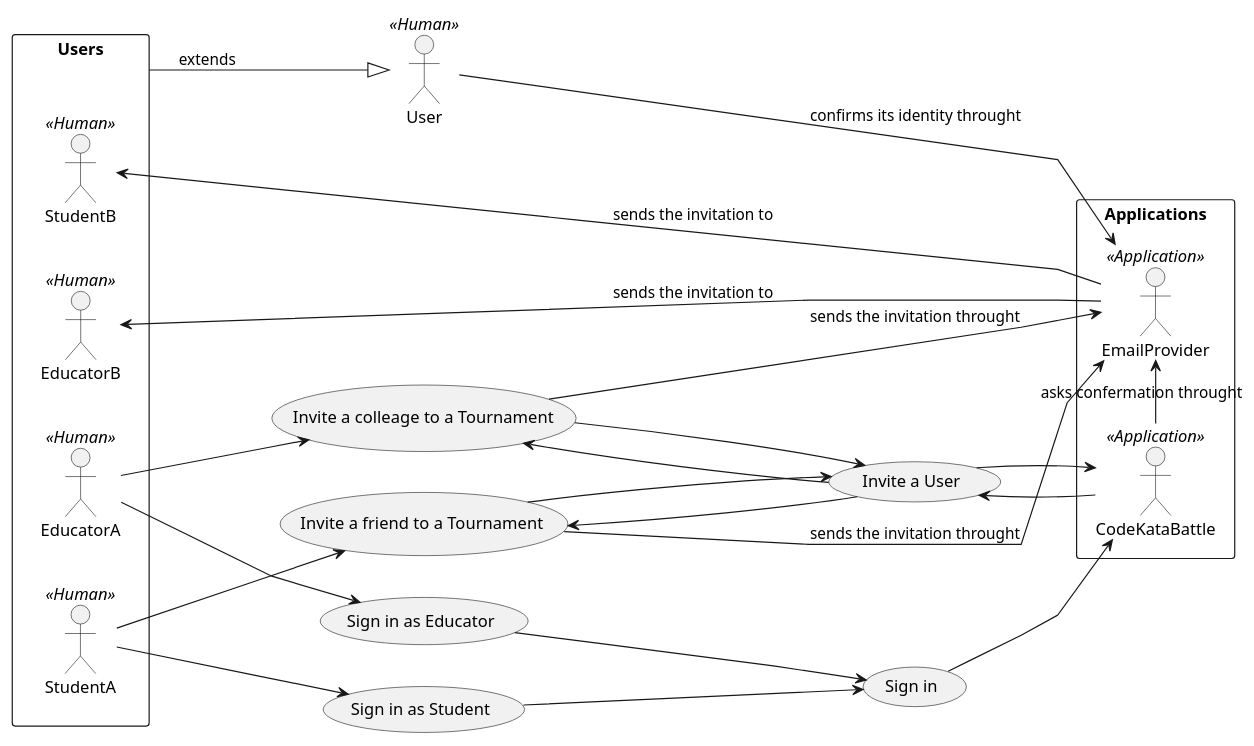
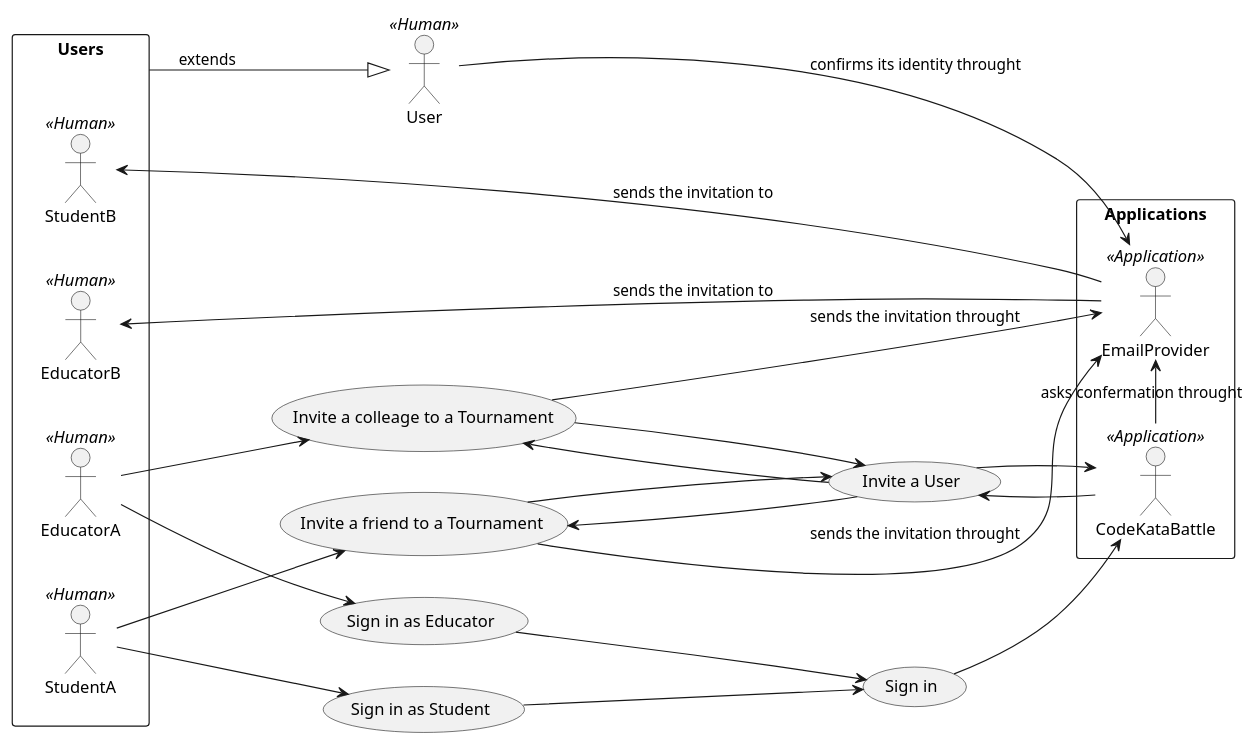
The diagram in _RASD/Images/UML/useCaseDiagram/useCase1.wsd (Angelo7672/SE2_Requirement-and-Design-Document), drawn with PlantUML before and after one commit. The commit also changed 1 other file, not shown here.

Commit message:
(rasd) UseCase Diagrams Refinements

```diff
--- a/_RASD/Images/UML/useCaseDiagram/useCase1.wsd
+++ b/_RASD/Images/UML/useCaseDiagram/useCase1.wsd
@@ -1,47 +1,47 @@
 @startuml
-skinparam linetype polyline
+'skinparam linetype polyline
 left to right direction
 
 :User: <<Human>>
 rectangle Users{
     :StudentA:<<Human>>
     :EducatorA:<<Human>>
     :StudentB:<<Human>>
     :EducatorB:<<Human>>
 }
 
 rectangle Applications{
     :CodeKataBattle: as CKB <<Application>>
     :EmailProvider: as EP <<Application>>
 }
 usecase "Sign in" as UC1
 usecase "Sign in as Student" as UC1A
 usecase "Sign in as Educator" as UC1B
 usecase "Invite a User" as UC3
 usecase "Invite a friend to a Tournament" as UC3A
 usecase "Invite a colleage to a Tournament" as UC3B
 
 
 Users --|> User: extends
 StudentA --> UC1A
 EducatorA --> UC1B
 UC1A --> UC1
 UC1B --> UC1
 UC1 --> CKB
 StudentA --> UC3A
 EducatorA --> UC3B
 UC3A --> UC3
 UC3B --> UC3
 UC3 --> CKB
 
 CKB -left-> EP: asks confermation throught
 User -> EP: confirms its identity throught
 CKB -left-> UC3
 UC3 -left-> UC3A
 UC3 -left-> UC3B
 UC3A -> EP: sends the invitation throught
 UC3B -> EP: sends the invitation throught
 EP -left-> StudentB: sends the invitation to
 EP -left-> EducatorB: sends the invitation to
 
 @enduml
```
